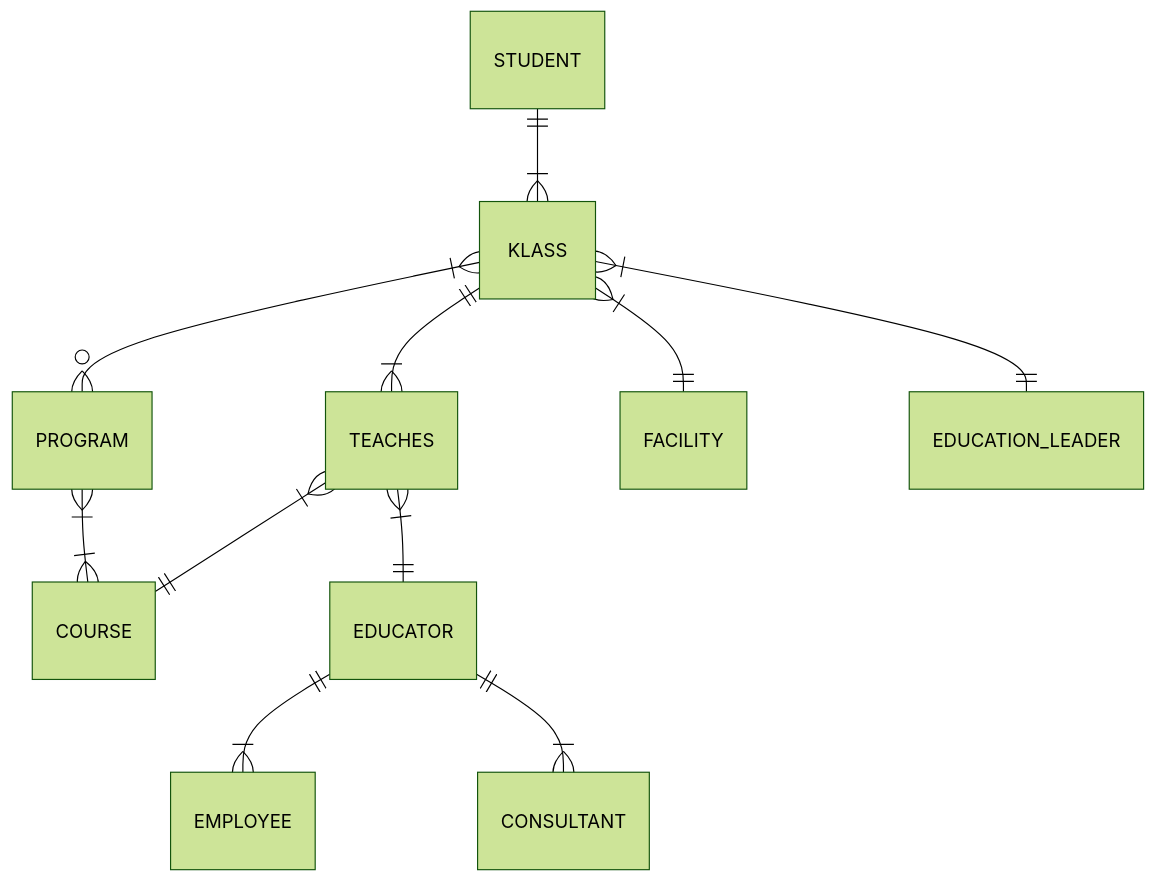
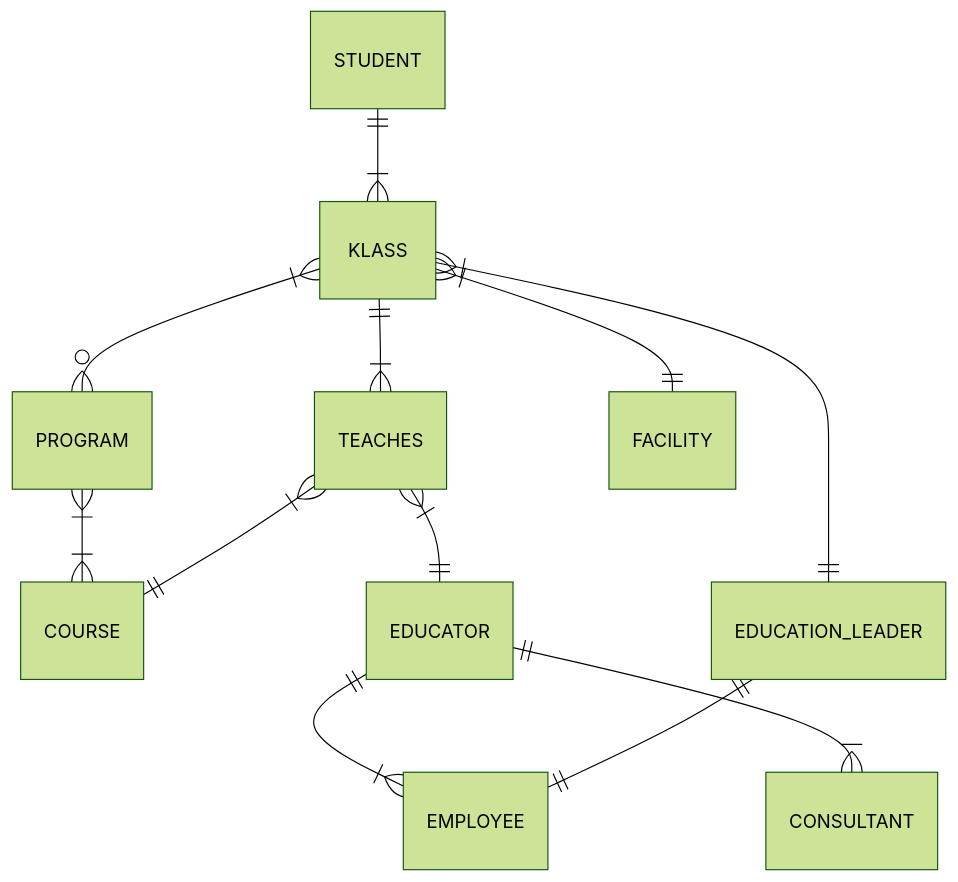
Before and after one commit to JohnnyHyytiainen/lab_data_modeling_DE25_johnny_hyytiainen: the diagram in docs/mermaid/CDM_draft_V1.mmd, drawn with Mermaid (forest theme). The commit also changed 1 other file, not shown here.

Commit message:
feat: updated conceptual ERD with draft_v3.5 with lucidchart and in .mmd

```diff
--- a/docs/mermaid/CDM_draft_V1.mmd
+++ b/docs/mermaid/CDM_draft_V1.mmd
@@ -1,47 +1,49 @@
 erDiagram
 
     STUDENT {
     }
 
     KLASS {
     }
     
     PROGRAM {
     }
 
     COURSE {
     }
 
     TEACHES {
     }
 
     EDUCATOR {
     }
 
     FACILITY {
     }
     
     EDUCATION_LEADER {
     }
 
     EMPLOYEE {
     }
 
     CONSULTANT {
     }
 
     STUDENT ||--|{ KLASS : ""
     KLASS }|--o{ PROGRAM : ""
     PROGRAM }|--|{ COURSE : ""
 
 
     KLASS }|--|| FACILITY : ""
     KLASS ||--|{ TEACHES : ""
     KLASS }|--|| EDUCATION_LEADER : ""
 
     
     TEACHES }|--|| COURSE : ""
     TEACHES }|--|| EDUCATOR : ""
 
     EDUCATOR ||--|{ EMPLOYEE : ""
     EDUCATOR ||--|{ CONSULTANT : ""
+
+    EDUCATION_LEADER ||--|| EMPLOYEE : ""
```
